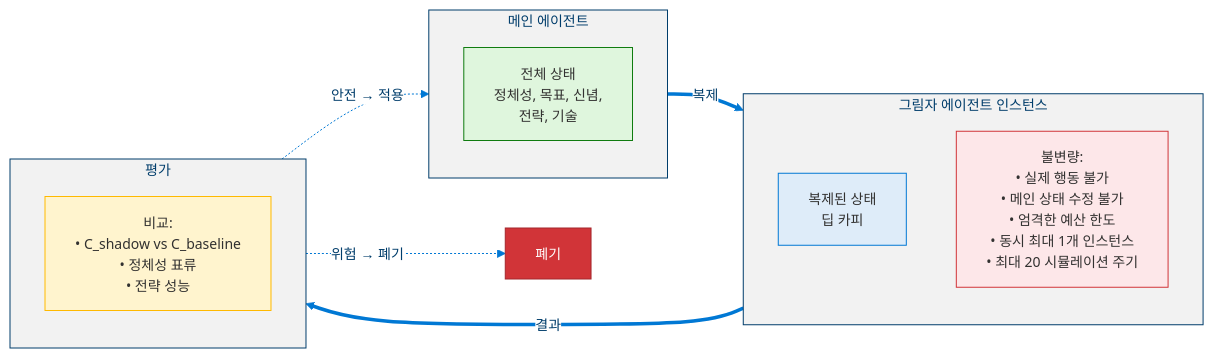
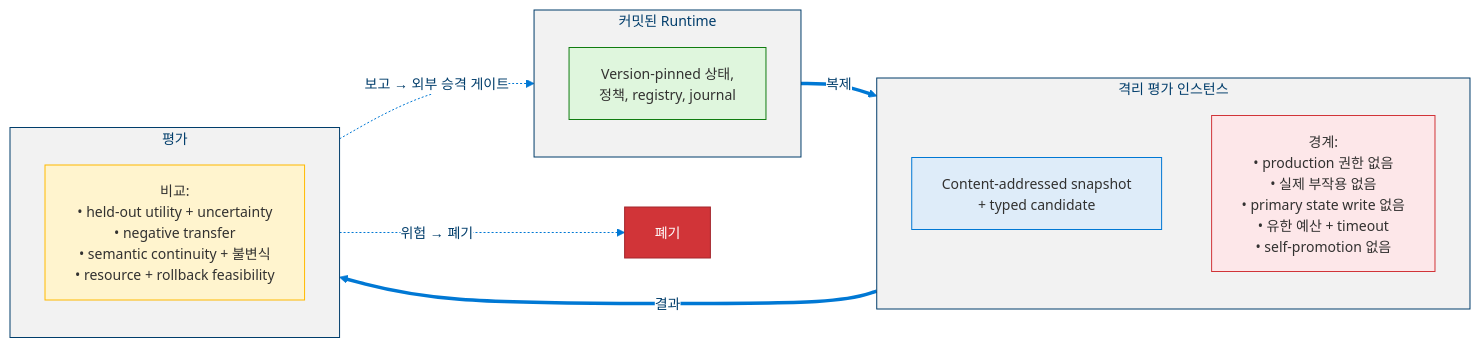
One commit to dotnetpower/mscp changed diagram 11 of 14 in docs/levels/Level_4_Adaptive_General_Agent.ko.md. Above: the diagram before and after it, drawn with Mermaid. The commit also changed other lines of this file and 21 other files, not shown here.

````diff
--- a/docs/levels/Level_4_Adaptive_General_Agent.ko.md
+++ b/docs/levels/Level_4_Adaptive_General_Agent.ko.md
@@ -626,29 +646,29 @@
 ```mermaid
 %%{init: {'theme': 'base', 'themeVariables': {'primaryColor': '#0078D4', 'primaryTextColor': '#003D6B', 'primaryBorderColor': '#003D6B', 'secondaryColor': '#50E6FF', 'secondaryTextColor': '#323130', 'secondaryBorderColor': '#00BCF2', 'tertiaryColor': '#F2F2F2', 'tertiaryTextColor': '#323130', 'lineColor': '#0078D4', 'textColor': '#323130', 'mainBkg': '#DEECF9', 'nodeBorder': '#0078D4', 'clusterBkg': '#F2F2F2', 'clusterBorder': '#003D6B', 'titleColor': '#003D6B', 'edgeLabelBackground': '#FFFFFF', 'fontSize': '14px'}}}%%
 flowchart LR
   classDef main fill:#DFF6DD,stroke:#107C10,color:#323130
   classDef shadow fill:#DEECF9,stroke:#0078D4,color:#323130
   classDef rules fill:#FDE7E9,stroke:#D13438,color:#323130
   classDef eval fill:#FFF4CE,stroke:#FFB900,color:#323130
   classDef discard fill:#D13438,stroke:#A4262C,color:#FFF
 
-  subgraph MainAgent["메인 에이전트"]
-    MA_STATE["전체 상태<br/>정체성, 목표, 신념,<br/>전략, 기술"]:::main
+  subgraph MainAgent["커밋된 Runtime"]
+    MA_STATE["Version-pinned 상태,<br/>정책, registry, journal"]:::main
   end
 
-  subgraph ShadowInst["그림자 에이전트 인스턴스"]
-    SA_STATE["복제된 상태<br/>딥 카피"]:::shadow
-    SA_RULES["불변량:<br/>• 실제 행동 불가<br/>• 메인 상태 수정 불가<br/>• 엄격한 예산 한도<br/>• 동시 최대 1개 인스턴스<br/>• 최대 20 시뮬레이션 주기"]:::rules
+  subgraph ShadowInst["격리 평가 인스턴스"]
+    SA_STATE["Content-addressed snapshot<br/>+ typed candidate"]:::shadow
+    SA_RULES["경계:<br/>• production 권한 없음<br/>• 실제 부작용 없음<br/>• primary state write 없음<br/>• 유한 예산 + timeout<br/>• self-promotion 없음"]:::rules
   end
 
   subgraph Result["평가"]
-    RES["비교:<br/>• C_shadow vs C_baseline<br/>• 정체성 표류<br/>• 전략 성능"]:::eval
+    RES["비교:<br/>• held-out utility + uncertainty<br/>• negative transfer<br/>• semantic continuity + 불변식<br/>• resource + rollback feasibility"]:::eval
   end
 
   DISCARD["폐기"]:::discard
 
   MainAgent ==>|복제| ShadowInst
   ShadowInst ==>|결과| Result
-  Result -.->|"안전 → 적용"| MainAgent
+  Result -.->|"보고 → 외부 승격 게이트"| MainAgent
   Result -.->|"위험 → 폐기"| DISCARD
 ```
````
